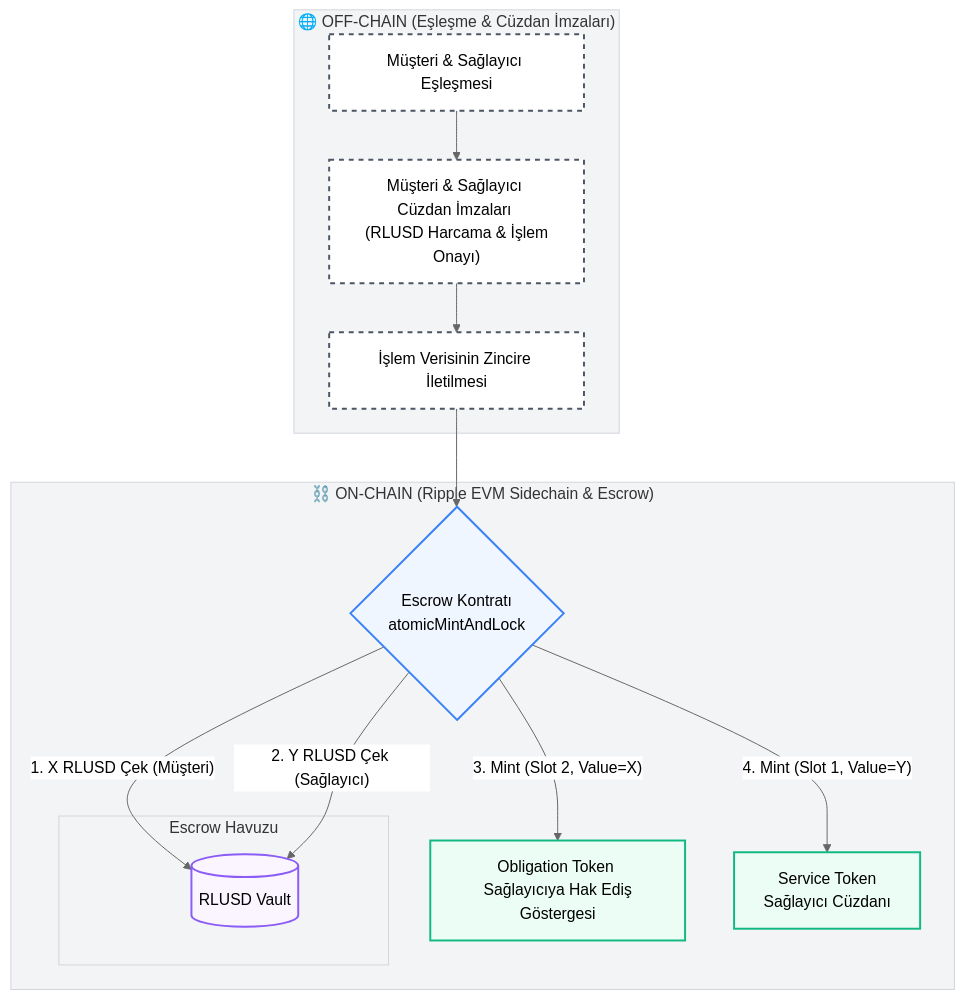
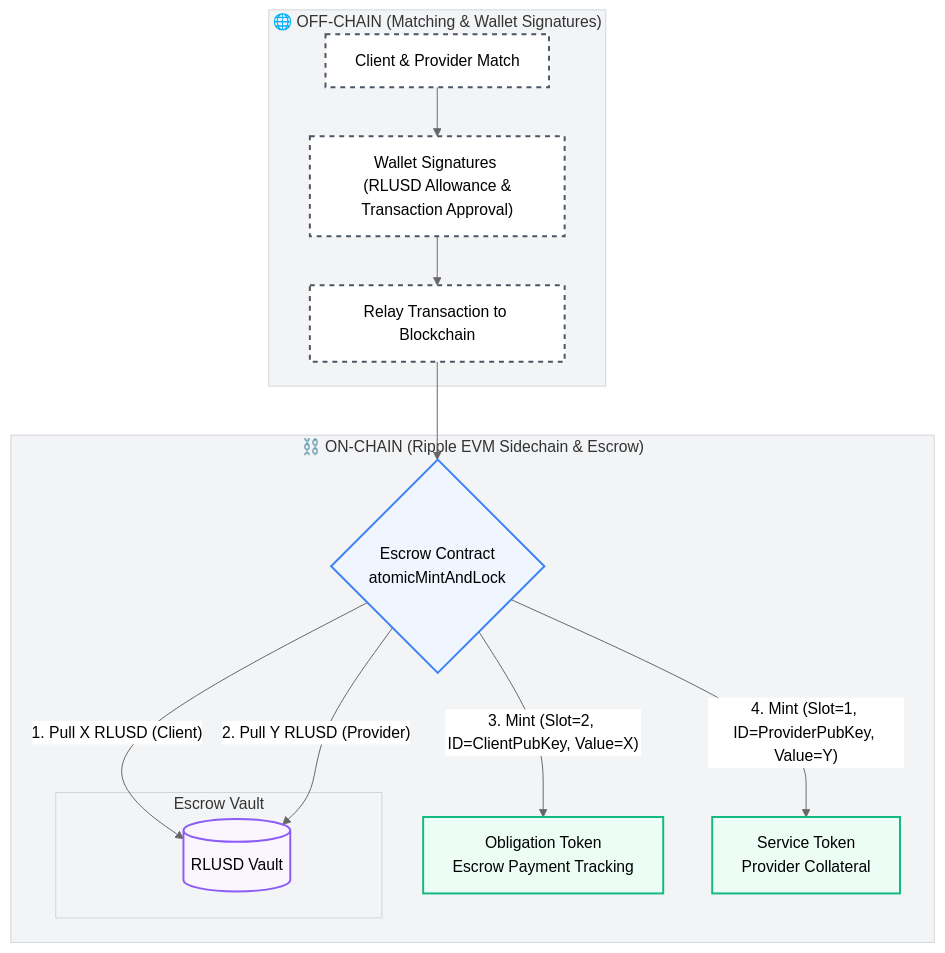
Before and after one commit to emirrmk/escrow-flow-diagrams: the first of 4 diagrams in README.md, drawn with Mermaid. The commit also changed other lines of this file, not shown here.

Commit message:
Update README.md with detailed slot/id fields in English

````diff
--- a/README.md
+++ b/README.md
@@ -19,28 +27,27 @@
 ```mermaid
 %%{init: {'theme': 'neutral', 'themeVariables': { 'primaryColor': '#f9fafb', 'edgeLabelBackground':'#ffffff', 'clusterBkg':'#f3f4f6', 'clusterBorder':'#d1d5db'}}}%%
 graph TD
-    %% Sınıf Tanımları
     classDef offChainNode fill:#ffffff,stroke:#4b5563,stroke-width:2px,stroke-dasharray: 5 5;
     classDef onChainNode fill:#eff6ff,stroke:#3b82f6,stroke-width:2px;
     classDef tokenNode fill:#ecfdf5,stroke:#10b981,stroke-width:2px;
     classDef databaseNode fill:#faf5ff,stroke:#8b5cf6,stroke-width:2px;
 
-    subgraph OffChain ["🌐 OFF-CHAIN (Eşleşme & Cüzdan İmzaları)"]
-        A["Müşteri & Sağlayıcı Eşleşmesi"]:::offChainNode --> B["Müşteri & Sağlayıcı Cüzdan İmzaları <br> (RLUSD Harcama & İşlem Onayı)"]:::offChainNode
-        B --> C["İşlem Verisinin Zincire İletilmesi"]:::offChainNode
+    subgraph OffChain ["🌐 OFF-CHAIN (Matching & Wallet Signatures)"]
+        A["Client & Provider Match"]:::offChainNode --> B["Wallet Signatures <br> (RLUSD Allowance & Transaction Approval)"]:::offChainNode
+        B --> C["Relay Transaction to Blockchain"]:::offChainNode
     end
 
     subgraph OnChain ["⛓️ ON-CHAIN (Ripple EVM Sidechain & Escrow)"]
-        C --> D{Escrow Kontratı <br> atomicMintAndLock}:::onChainNode
+        C --> D{"Escrow Contract <br> atomicMintAndLock"}:::onChainNode
         
-        subgraph Vault ["Escrow Havuzu"]
+        subgraph Vault ["Escrow Vault"]
             Pool[("RLUSD Vault")]:::databaseNode
         end
         
-        D -- "1. X RLUSD Çek (Müşteri)" --> Pool
-        D -- "2. Y RLUSD Çek (Sağlayıcı)" --> Pool
+        D -- "1. Pull X RLUSD (Client)" --> Pool
+        D -- "2. Pull Y RLUSD (Provider)" --> Pool
         
-        D -- "3. Mint (Slot 2, Value=X)" --> OT["Obligation Token <br> Sağlayıcıya Hak Ediş Göstergesi"]:::tokenNode
-        D -- "4. Mint (Slot 1, Value=Y)" --> ST["Service Token <br> Sağlayıcı Cüzdanı"]:::tokenNode
+        D -- "3. Mint (Slot=2, ID=ClientPubKey, Value=X)" --> OT["Obligation Token <br> Escrow Payment Tracking"]:::tokenNode
+        D -- "4. Mint (Slot=1, ID=ProviderPubKey, Value=Y)" --> ST["Service Token <br> Provider Collateral"]:::tokenNode
     end
 ```
````
